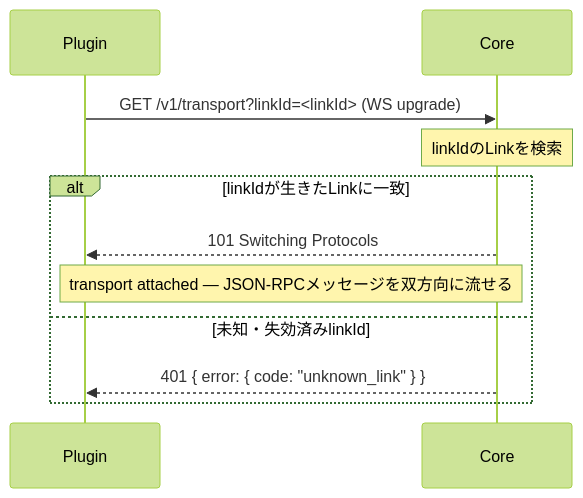
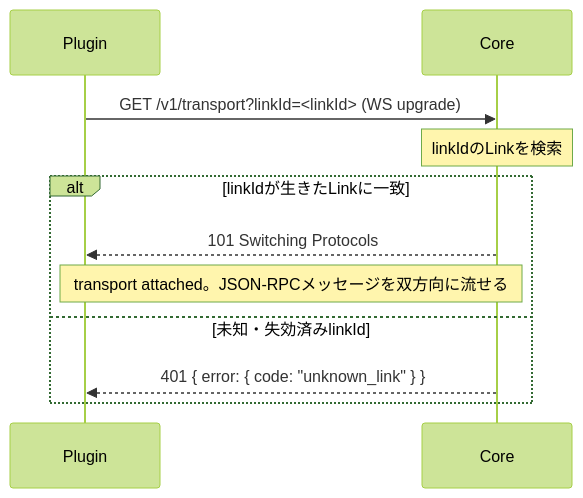
The first of 2 diagrams in docs/contracts/00002-async-channel.md (naatin777/plugumi), drawn with Mermaid (forest theme) before and after one commit. The commit also changed other lines of this file and 56 other files, not shown here.

````diff
--- a/docs/contracts/00002-async-channel.md
+++ b/docs/contracts/00002-async-channel.md
@@ -29,14 +29,14 @@
 ```mermaid
 sequenceDiagram
     participant Plugin
     participant Core
 
     Plugin->>Core: GET /v1/transport?linkId=<linkId> (WS upgrade)
     Note over Core: linkIdのLinkを検索
     alt linkIdが生きたLinkに一致
         Core-->>Plugin: 101 Switching Protocols
-        Note over Plugin,Core: transport attached — JSON-RPCメッセージを双方向に流せる
+        Note over Plugin,Core: transport attached。JSON-RPCメッセージを双方向に流せる
     else 未知・失効済みlinkId
         Core-->>Plugin: 401 { error: { code: "unknown_link" } }
     end
 ```
````
